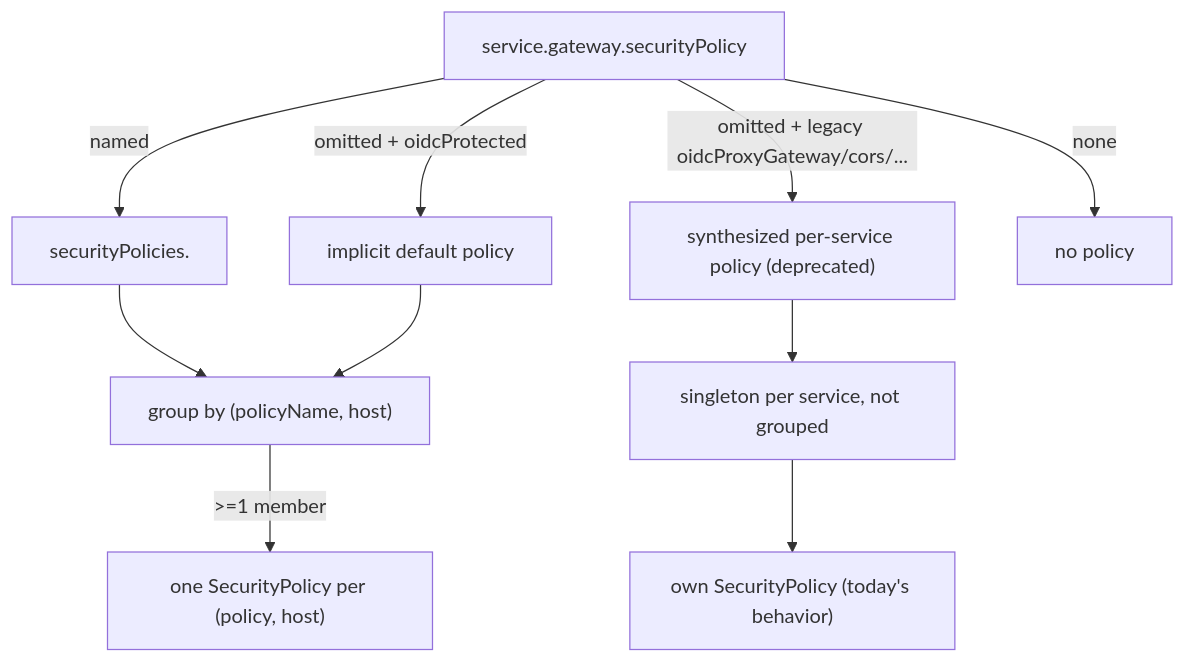
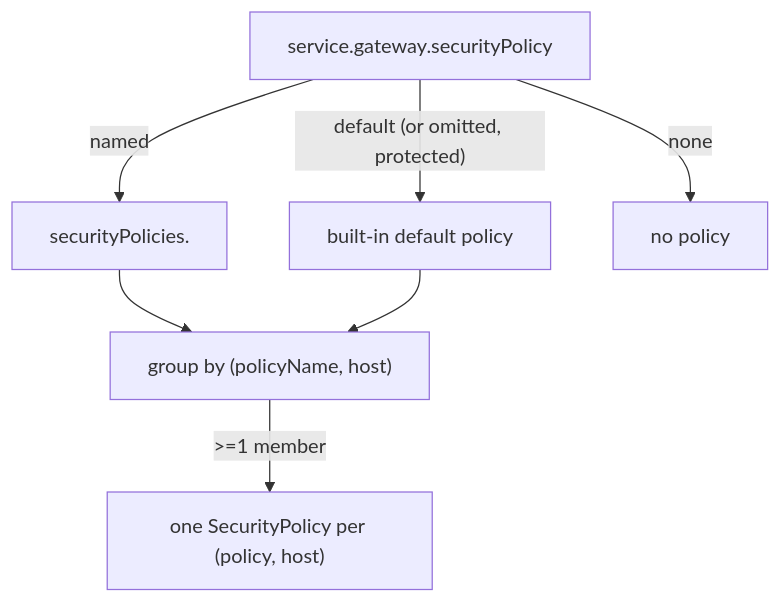
Before and after one commit to chanzuckerberg/argo-helm-charts: the diagram in stack/docs/named-security-policies.md, drawn with Mermaid. The commit also changed other lines of this file, not shown here.

First line of the commit message:
docs(stack): make named SecurityPolicies a greenfield cutover

````diff
--- a/stack/docs/named-security-policies.md
+++ b/stack/docs/named-security-policies.md
@@ -17,12 +19,9 @@
 ```mermaid
 flowchart TD
   svc["service.gateway.securityPolicy"] -->|"named"| named["securityPolicies.<name>"]
-  svc -->|"omitted + oidcProtected"| def["implicit default policy"]
-  svc -->|"omitted + legacy oidcProxyGateway/cors/..."| legacy["synthesized per-service policy (deprecated)"]
+  svc -->|"default (or omitted, protected)"| def["built-in default policy"]
   svc -->|"none"| public["no policy"]
   named --> group["group by (policyName, host)"]
   def --> group
-  legacy --> single["singleton per service, not grouped"]
   group -->|">=1 member"| onePolicy["one SecurityPolicy per (policy, host)"]
-  single --> ownPolicy["own SecurityPolicy (today's behavior)"]
 ```
````
